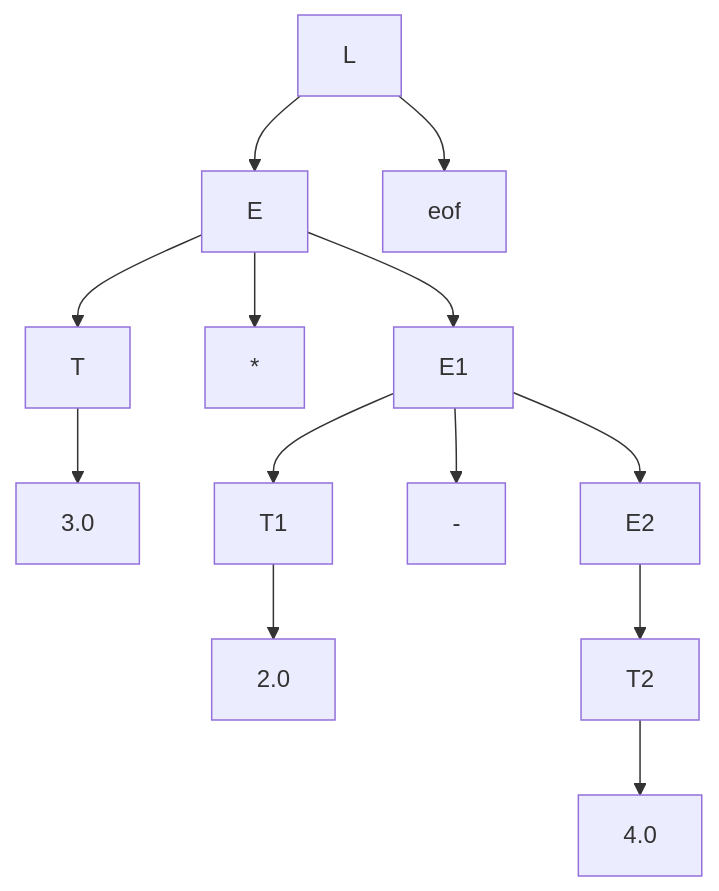
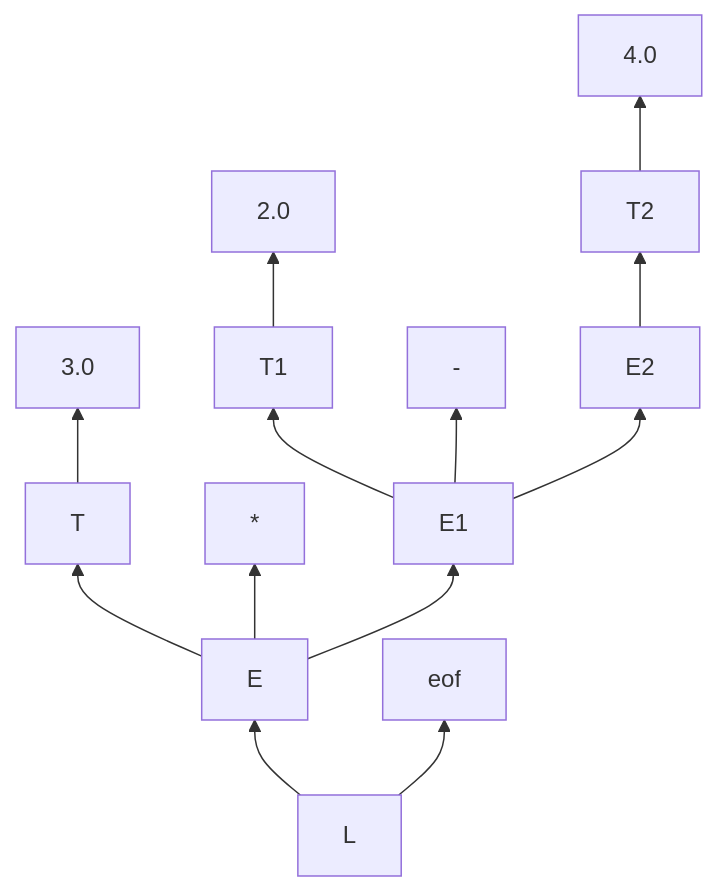
The diagram in README.md (ULL-ESIT-PL-2526/04-traduccion-dirigida-sintaxis-sara-darias-sanchez-alu0101484570), drawn with Mermaid before and after one commit. The commit also changed other lines of this file and 1 other file, not shown here.

````diff
--- a/README.md
+++ b/README.md
@@ -93,15 +93,15 @@
 ```mermaid
-graph TD;
+graph BT;
 L --> E
 L --> eof
 E --> E1
 E --> *
 E --> T
 T --> 3.0
 E1 --> E2
 E1 --> -
 E1 --> T1
 T1 --> 2.0
 E2 --> T2
 T2 --> 4.0
 ```
````
